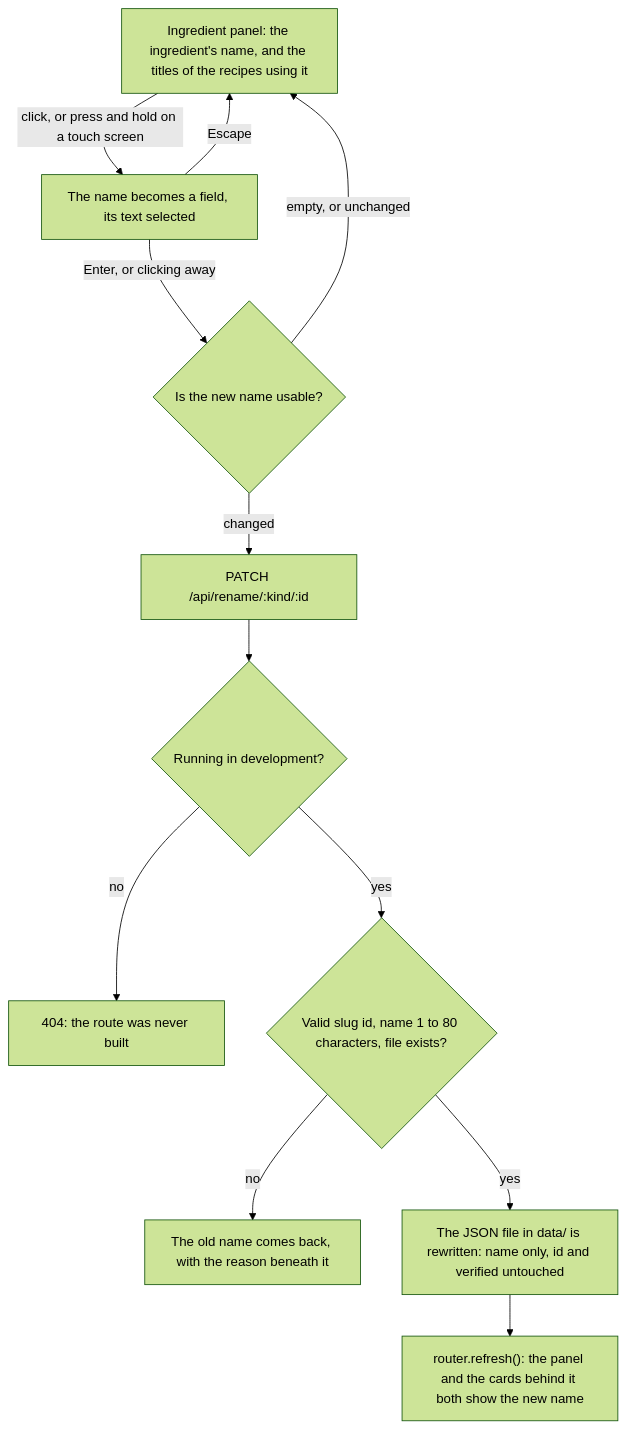
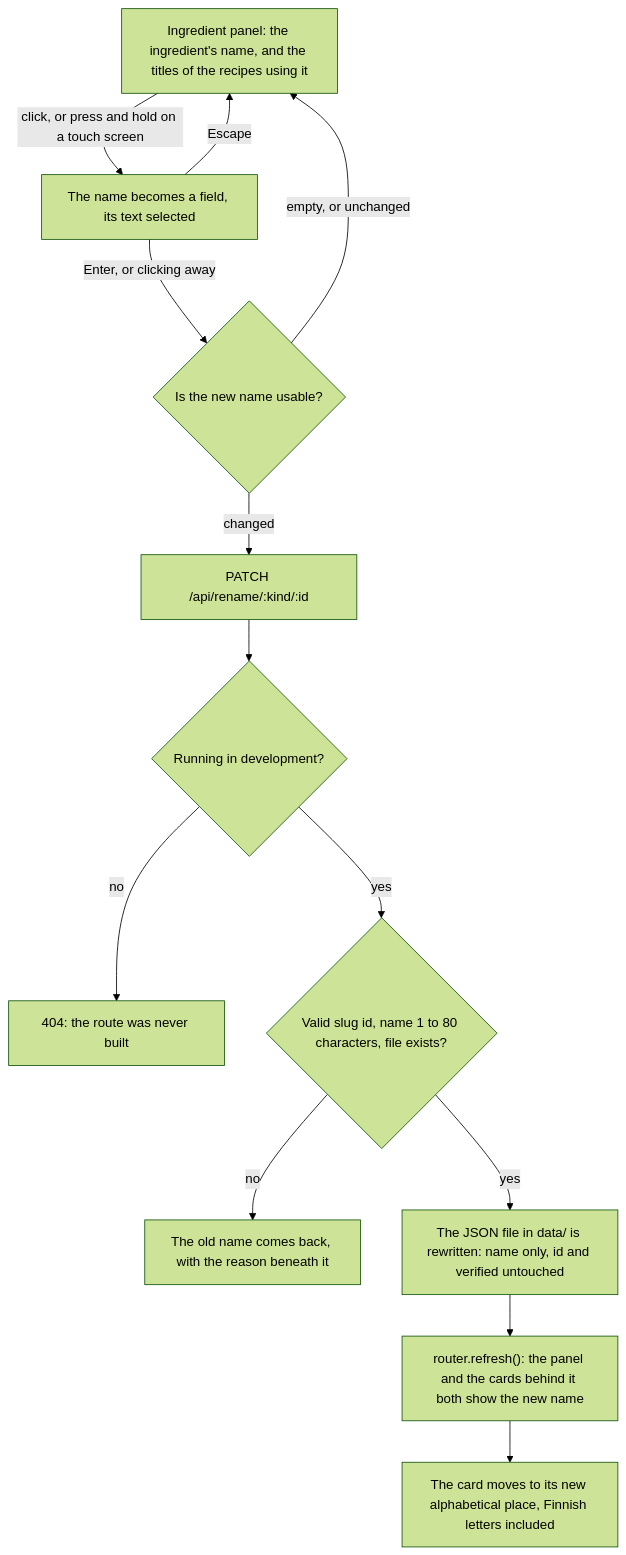
Before and after one commit to tiakangaspunta/eat-seasonal-app: the second of 3 diagrams in docs/FLOWS.md, drawn with Mermaid (forest theme). The commit also changed other lines of this file and 16 other files, not shown here.

````diff
--- a/docs/FLOWS.md
+++ b/docs/FLOWS.md
@@ -37,15 +37,16 @@
 ```mermaid
 flowchart TD
     panel["Ingredient panel: the ingredient's name, and the titles of the recipes using it"]
     panel -->|"click, or press and hold on a touch screen"| field["The name becomes a field, its text selected"]
     field -->|"Escape"| panel
     field -->|"Enter, or clicking away"| check{"Is the new name usable?"}
     check -->|"empty, or unchanged"| panel
     check -->|"changed"| write["PATCH /api/rename/:kind/:id"]
     write --> guard{"Running in development?"}
     guard -->|"no"| gone["404: the route was never built"]
     guard -->|"yes"| validate{"Valid slug id, name 1 to 80 characters, file exists?"}
     validate -->|"no"| error["The old name comes back, with the reason beneath it"]
     validate -->|"yes"| file["The JSON file in data/ is rewritten: name only, id and verified untouched"]
     file --> refresh["router.refresh(): the panel and the cards behind it both show the new name"]
+    refresh --> reorder["The card moves to its new alphabetical place, Finnish letters included"]
 ```
````
